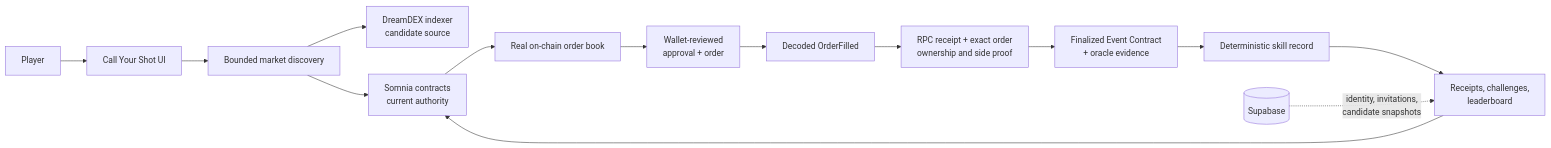
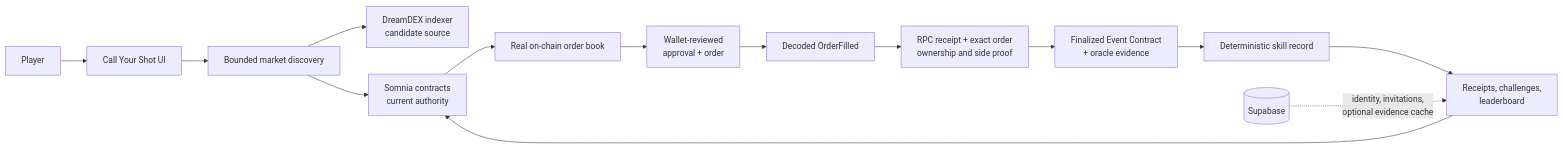
Before and after one commit to Webghost01-NG/callYourShot: the diagram in README.md, drawn with Mermaid. The commit also changed other lines of this file and 10 other files, not shown here.

````diff
--- a/README.md
+++ b/README.md
@@ -53,16 +54,16 @@
 ```mermaid
 flowchart LR
   U[Player] --> UI[Call Your Shot UI]
   UI --> D[Bounded market discovery]
   D --> I[DreamDEX indexer<br/>candidate source]
   D --> C[Somnia contracts<br/>current authority]
   C --> B[Real on-chain order book]
   B --> W[Wallet-reviewed<br/>approval + order]
   W --> F[Decoded OrderFilled]
   F --> R[RPC receipt + exact order<br/>ownership and side proof]
   R --> S[Finalized Event Contract<br/>+ oracle evidence]
   S --> P[Deterministic skill record]
   P --> L[Receipts, challenges,<br/>leaderboard]
-  DB[(Supabase)] -. identity, invitations,<br/>candidate snapshots .-> L
+  DB[(Supabase)] -. identity, invitations,<br/>optional evidence cache .-> L
   L --> C
 ```
````
